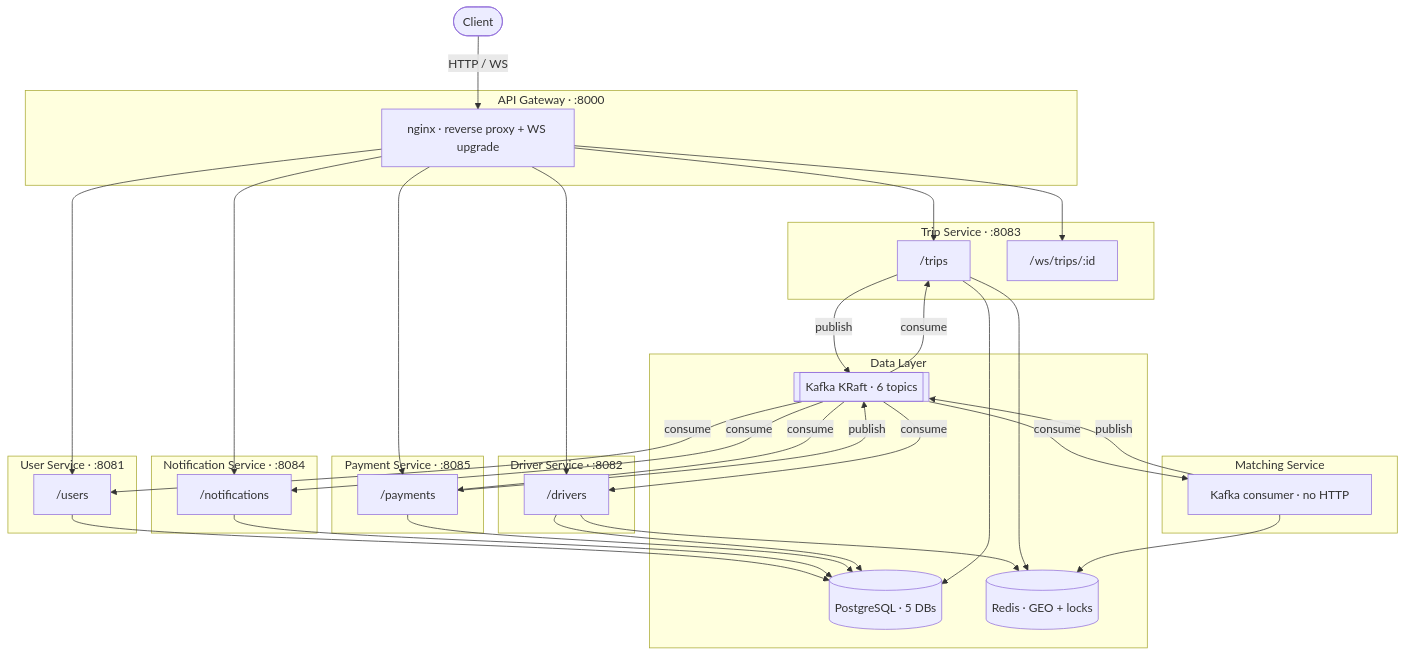
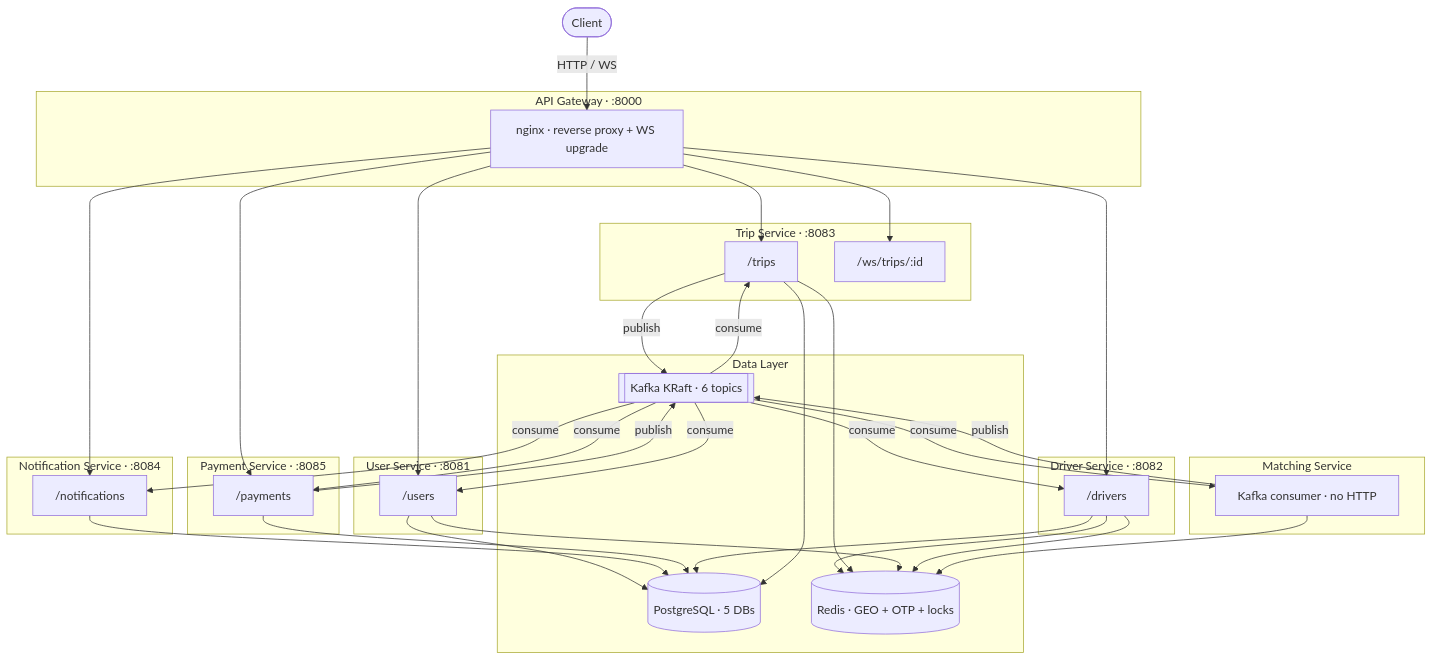
One commit to SaiKrishnaMulukutla/uber changed the diagram in README.md. Above: the diagram before and after it, drawn with Mermaid. The commit also changed other lines of this file and 48 other files, not shown here.

Commit message:
updated flow end-to-end

````diff
--- a/README.md
+++ b/README.md
@@ -9,44 +9,45 @@
 ```mermaid
 flowchart TD
     Client(["Client"])
 
     subgraph Gateway["API Gateway · :8000"]
         Nginx["nginx · reverse proxy + WS upgrade"]
     end
 
     subgraph UserSvc["User Service · :8081"]
         U["/users"]
     end
     subgraph DriverSvc["Driver Service · :8082"]
         D["/drivers"]
     end
     subgraph TripSvc["Trip Service · :8083"]
         T["/trips"]
         WS["/ws/trips/:id"]
     end
     subgraph MatchSvc["Matching Service"]
         M["Kafka consumer · no HTTP"]
     end
     subgraph NotifSvc["Notification Service · :8084"]
         N["/notifications"]
     end
     subgraph PaySvc["Payment Service · :8085"]
         P["/payments"]
     end
 
     subgraph Data["Data Layer"]
         PG[("PostgreSQL · 5 DBs")]
-        Redis[("Redis · GEO + locks")]
+        Redis[("Redis · GEO + OTP + locks")]
         Kafka[["Kafka KRaft · 6 topics"]]
     end
 
     Client -->|HTTP / WS| Nginx
     Nginx --> U & D & T & WS & N & P
 
     U & N & P --> PG
     D & T --> PG & Redis
+    U & D --> Redis
     T & P -->|publish| Kafka
     Kafka -->|consume| M & D & U & N & P & T
     M --> Redis
     M -->|publish| Kafka
 ```
````
